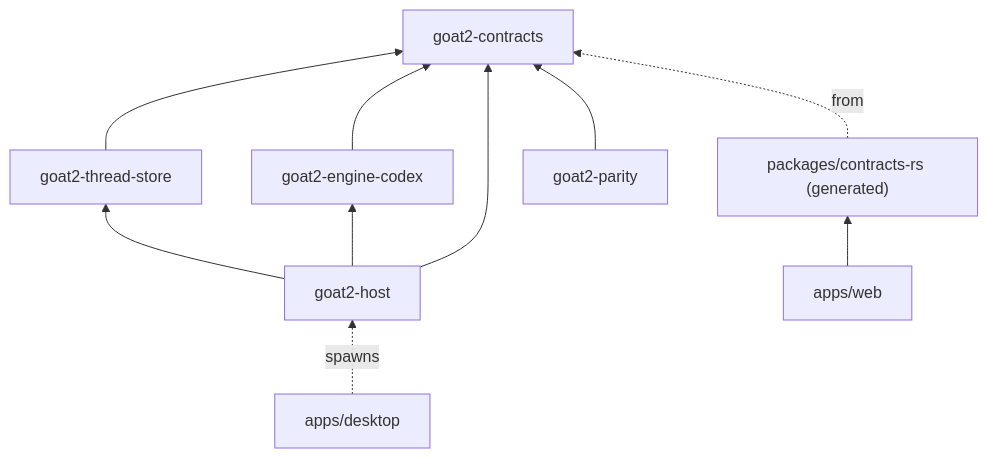
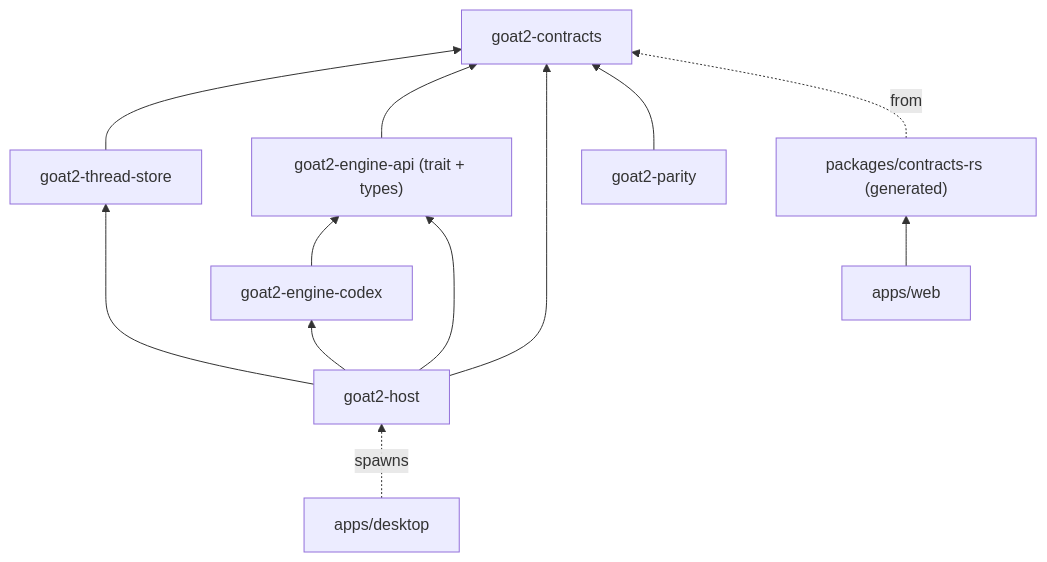
Before and after one commit to goat-si/goat: the diagram in structure/40_deps.md, drawn with Mermaid. The commit also changed other lines of this file and 2 other files, not shown here.

Commit message:
structure: goat2-engine-api seam, refused delivery outcome, cards reset after deletion

````diff
--- a/structure/40_deps.md
+++ b/structure/40_deps.md
@@ -3,13 +3,15 @@
 ```mermaid
 flowchart BT
   contracts["goat2-contracts"]
   store["goat2-thread-store"] --> contracts
-  codex["goat2-engine-codex"] --> contracts
+  api["goat2-engine-api (trait + types)"] --> contracts
+  codex["goat2-engine-codex"] --> api
   host["goat2-host"] --> store
+  host --> api
   host --> codex
   host --> contracts
   parity["goat2-parity"] --> contracts
   tsgen["packages/contracts-rs (generated)"] -.from.-> contracts
   web["apps/web"] --> tsgen
   desktop["apps/desktop"] -. spawns .-> host
 ```
````
